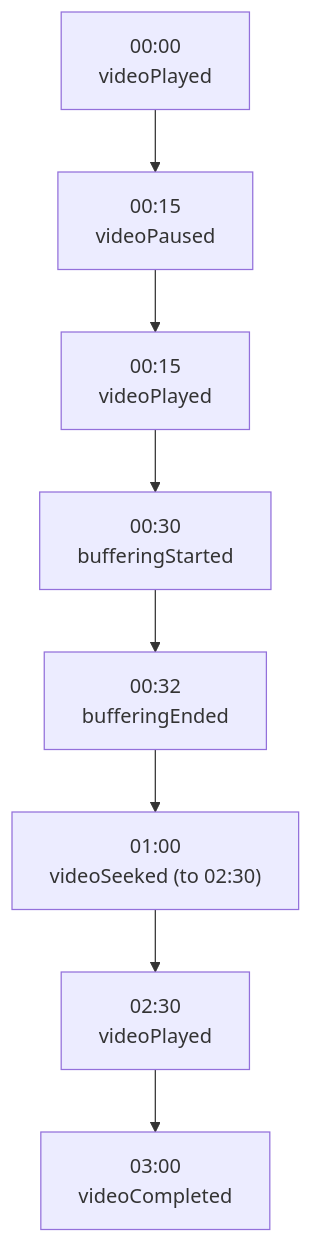
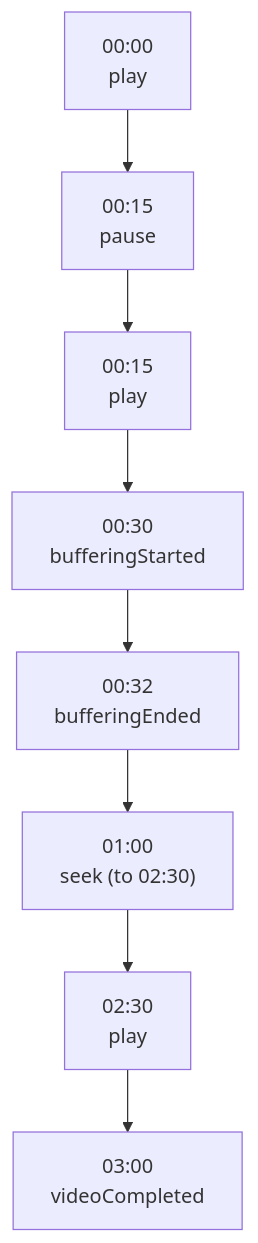
One commit to tattva20/StreamingVideoApp changed the second of 2 diagrams in docs/features/ANALYTICS.md. Above: the diagram before and after it, drawn with Mermaid. The commit also changed other lines of this file and 43 other files, not shown here.

````diff
--- a/docs/features/ANALYTICS.md
+++ b/docs/features/ANALYTICS.md
@@ -374,12 +481,12 @@
 ```mermaid
 flowchart TB
-    E1["00:00<br/>videoPlayed"]
-    E2["00:15<br/>videoPaused"]
-    E3["00:15<br/>videoPlayed"]
+    E1["00:00<br/>play"]
+    E2["00:15<br/>pause"]
+    E3["00:15<br/>play"]
     E4["00:30<br/>bufferingStarted"]
     E5["00:32<br/>bufferingEnded"]
-    E6["01:00<br/>videoSeeked (to 02:30)"]
-    E7["02:30<br/>videoPlayed"]
+    E6["01:00<br/>seek (to 02:30)"]
+    E7["02:30<br/>play"]
     E8["03:00<br/>videoCompleted"]
     E1 --> E2 --> E3 --> E4 --> E5 --> E6 --> E7 --> E8
 ```
````
